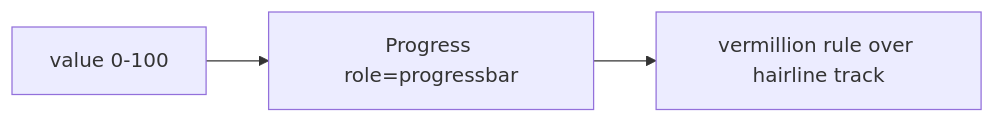
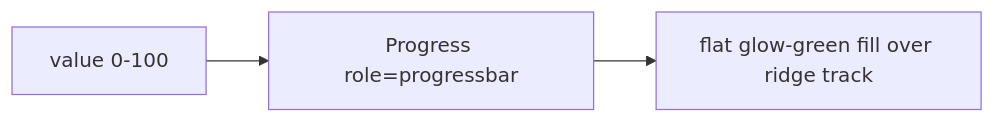
One commit to AzamatRaimbekov2/openCreate changed the diagram in apps/web/src/shared/ui/Progress.tsx.md. Above: the diagram before and after it, drawn with Mermaid. The commit also changed other lines of this file and 99 other files, not shown here.

````diff
--- a/apps/web/src/shared/ui/Progress.tsx.md
+++ b/apps/web/src/shared/ui/Progress.tsx.md
@@ -19,4 +19,4 @@
 ```mermaid
 flowchart LR
-  V[value 0-100] --> PR[Progress role=progressbar] --> OUT[vermillion rule over hairline track]
+  V[value 0-100] --> PR[Progress role=progressbar] --> OUT[flat glow-green fill over ridge track]
 ```
````
